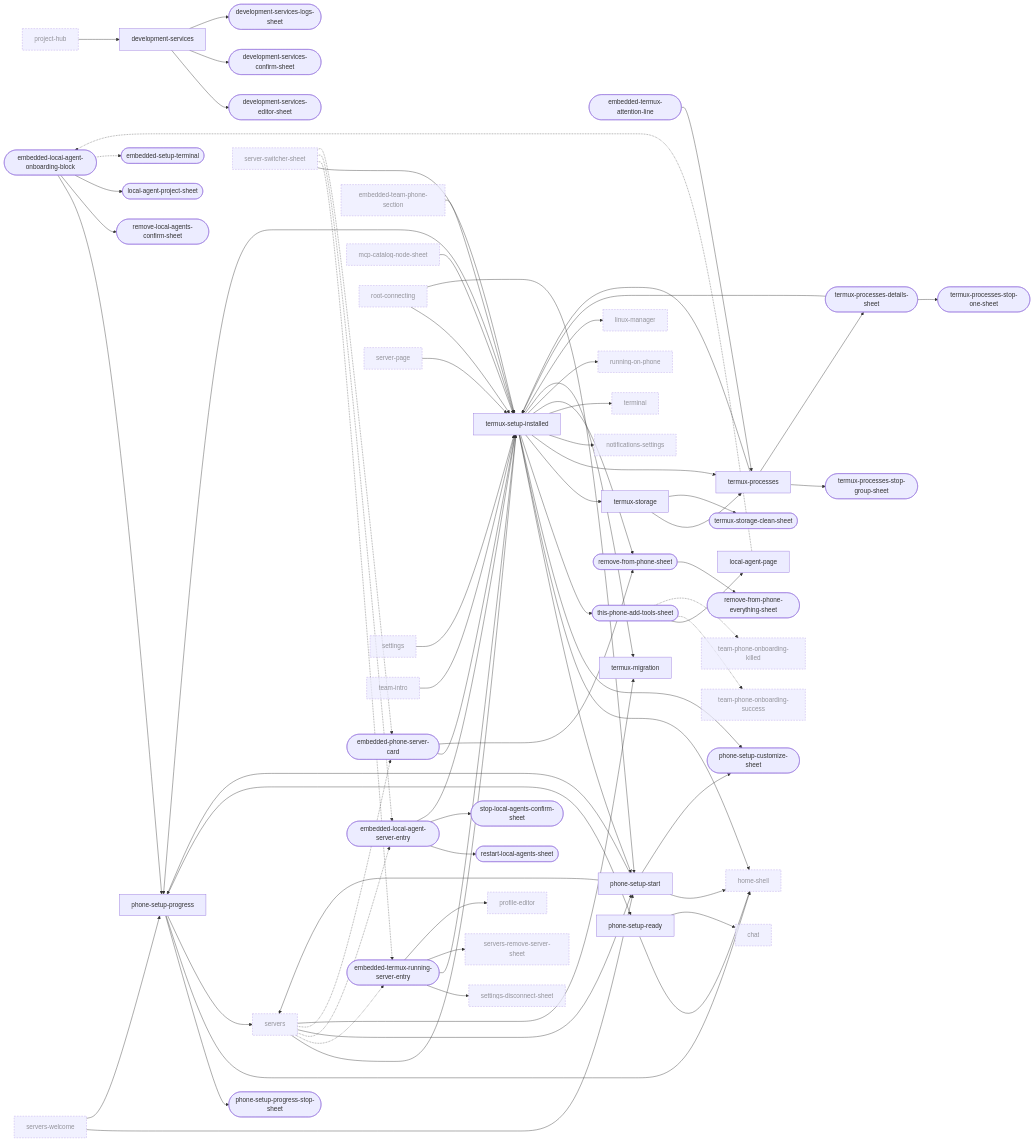
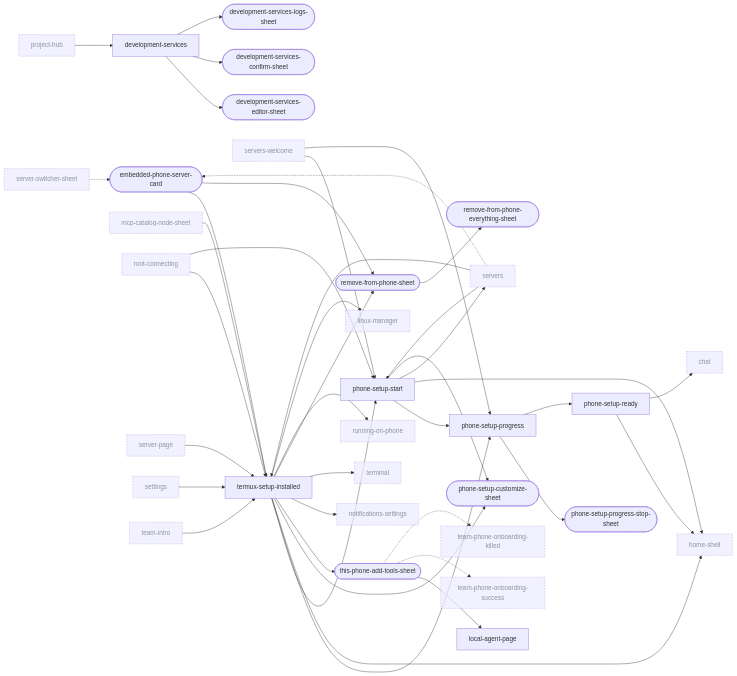
One commit to Eslamasabry/opencode-mobile-next changed the sixth of 11 diagrams in docs/design/ui-ledger/navigation.md. Above: the diagram before and after it, drawn with Mermaid. The commit also changed other lines of this file and 473 other files, not shown here.

```diff
--- a/docs/design/ui-ledger/navigation.md
+++ b/docs/design/ui-ledger/navigation.md
@@ -696,17 +679,10 @@
   development_services_confirm_sheet(["development-services-confirm-sheet"])
   development_services_editor_sheet(["development-services-editor-sheet"])
   development_services_logs_sheet(["development-services-logs-sheet"])
-  embedded_local_agent_onboarding_block(["embedded-local-agent-onboarding-block"])
-  embedded_local_agent_server_entry(["embedded-local-agent-server-entry"])
   embedded_phone_server_card(["embedded-phone-server-card"])
-  embedded_setup_terminal(["embedded-setup-terminal"])
-  embedded_team_phone_section["embedded-team-phone-section"]:::ext
-  embedded_termux_attention_line(["embedded-termux-attention-line"])
-  embedded_termux_running_server_entry(["embedded-termux-running-server-entry"])
   home_shell["home-shell"]:::ext
   linux_manager["linux-manager"]:::ext
   local_agent_page["local-agent-page"]
-  local_agent_project_sheet(["local-agent-project-sheet"])
   mcp_catalog_node_sheet["mcp-catalog-node-sheet"]:::ext
   notifications_settings["notifications-settings"]:::ext
   phone_setup_customize_sheet(["phone-setup-customize-sheet"])
@@ -714,38 +690,24 @@
   phone_setup_progress_stop_sheet(["phone-setup-progress-stop-sheet"])
   phone_setup_ready["phone-setup-ready"]
   phone_setup_start["phone-setup-start"]
-  profile_editor["profile-editor"]:::ext
   project_hub["project-hub"]:::ext
   remove_from_phone_everything_sheet(["remove-from-phone-everything-sheet"])
   remove_from_phone_sheet(["remove-from-phone-sheet"])
-  remove_local_agents_confirm_sheet(["remove-local-agents-confirm-sheet"])
-  restart_local_agents_sheet(["restart-local-agents-sheet"])
   root_connecting["root-connecting"]:::ext
   running_on_phone["running-on-phone"]:::ext
   server_page["server-page"]:::ext
   server_switcher_sheet["server-switcher-sheet"]:::ext
   servers["servers"]:::ext
-  servers_remove_server_sheet["servers-remove-server-sheet"]:::ext
   servers_welcome["servers-welcome"]:::ext
   settings["settings"]:::ext
-  settings_disconnect_sheet["settings-disconnect-sheet"]:::ext
-  stop_local_agents_confirm_sheet(["stop-local-agents-confirm-sheet"])
   team_intro["team-intro"]:::ext
   team_phone_onboarding_killed["team-phone-onboarding-killed"]:::ext
   team_phone_onboarding_success["team-phone-onboarding-success"]:::ext
   terminal["terminal"]:::ext
-  termux_migration["termux-migration"]
-  termux_processes["termux-processes"]
-  termux_processes_details_sheet(["termux-processes-details-sheet"])
-  termux_processes_stop_group_sheet(["termux-processes-stop-group-sheet"])
-  termux_processes_stop_one_sheet(["termux-processes-stop-one-sheet"])
   termux_setup_installed["termux-setup-installed"]
-  termux_storage["termux-storage"]
-  termux_storage_clean_sheet(["termux-storage-clean-sheet"])
   this_phone_add_tools_sheet(["this-phone-add-tools-sheet"])
   root_connecting --> termux_setup_installed
   root_connecting --> phone_setup_start
-  server_switcher_sheet --> termux_setup_installed
   project_hub --> development_services
   servers --> termux_setup_installed
   servers_welcome --> phone_setup_start
@@ -754,39 +716,18 @@
   termux_setup_installed --> home_shell
   termux_setup_installed --> phone_setup_customize_sheet
   termux_setup_installed --> this_phone_add_tools_sheet
-  termux_setup_installed --> termux_storage
-  termux_setup_installed --> termux_processes
   termux_setup_installed --> notifications_settings
   termux_setup_installed --> terminal
   termux_setup_installed --> remove_from_phone_sheet
   termux_setup_installed --> running_on_phone
-  termux_processes --> termux_processes_stop_group_sheet
-  termux_processes --> termux_processes_details_sheet
-  termux_processes --> termux_setup_installed
-  termux_processes_details_sheet --> termux_setup_installed
-  termux_processes_details_sheet --> termux_processes_stop_one_sheet
-  termux_storage --> termux_processes
-  termux_storage --> termux_storage_clean_sheet
   development_services --> development_services_editor_sheet
   development_services --> development_services_confirm_sheet
   development_services --> development_services_logs_sheet
-  embedded_termux_running_server_entry --> settings_disconnect_sheet
-  embedded_termux_running_server_entry --> termux_setup_installed
-  embedded_termux_running_server_entry --> servers_remove_server_sheet
-  embedded_termux_attention_line --> termux_processes
-  embedded_local_agent_onboarding_block --> phone_setup_progress
-  embedded_local_agent_onboarding_block --> remove_local_agents_confirm_sheet
-  embedded_local_agent_onboarding_block --> local_agent_project_sheet
-  embedded_local_agent_server_entry --> restart_local_agents_sheet
-  embedded_local_agent_server_entry --> stop_local_agents_confirm_sheet
-  embedded_local_agent_server_entry --> termux_setup_installed
   phone_setup_start --> phone_setup_progress
   phone_setup_start --> home_shell
   phone_setup_start --> servers
   phone_setup_start --> phone_setup_customize_sheet
   phone_setup_progress --> phone_setup_progress_stop_sheet
-  phone_setup_progress --> home_shell
-  phone_setup_progress --> servers
   phone_setup_ready --> home_shell
   phone_setup_ready --> chat
   this_phone_add_tools_sheet --> local_agent_page
@@ -794,24 +735,14 @@
   embedded_phone_server_card --> termux_setup_installed
   embedded_phone_server_card --> remove_from_phone_sheet
   team_intro --> termux_setup_installed
-  embedded_team_phone_section --> termux_setup_installed
   settings --> termux_setup_installed
   mcp_catalog_node_sheet --> termux_setup_installed
   server_page --> termux_setup_installed
-  embedded_termux_running_server_entry --> profile_editor
-  server_switcher_sheet -.-> embedded_termux_running_server_entry
-  servers -.-> embedded_termux_running_server_entry
-  embedded_local_agent_onboarding_block -.-> embedded_setup_terminal
-  local_agent_page -.-> embedded_local_agent_onboarding_block
-  server_switcher_sheet -.-> embedded_local_agent_server_entry
-  servers -.-> embedded_local_agent_server_entry
   servers --> phone_setup_start
   servers_welcome --> phone_setup_progress
   phone_setup_progress --> phone_setup_ready
   server_switcher_sheet -.-> embedded_phone_server_card
   servers -.-> embedded_phone_server_card
-  termux_setup_installed --> termux_migration
-  servers --> termux_migration
   this_phone_add_tools_sheet -.-> team_phone_onboarding_success
   this_phone_add_tools_sheet -.-> team_phone_onboarding_killed
   termux_setup_installed --> linux_manager
```
